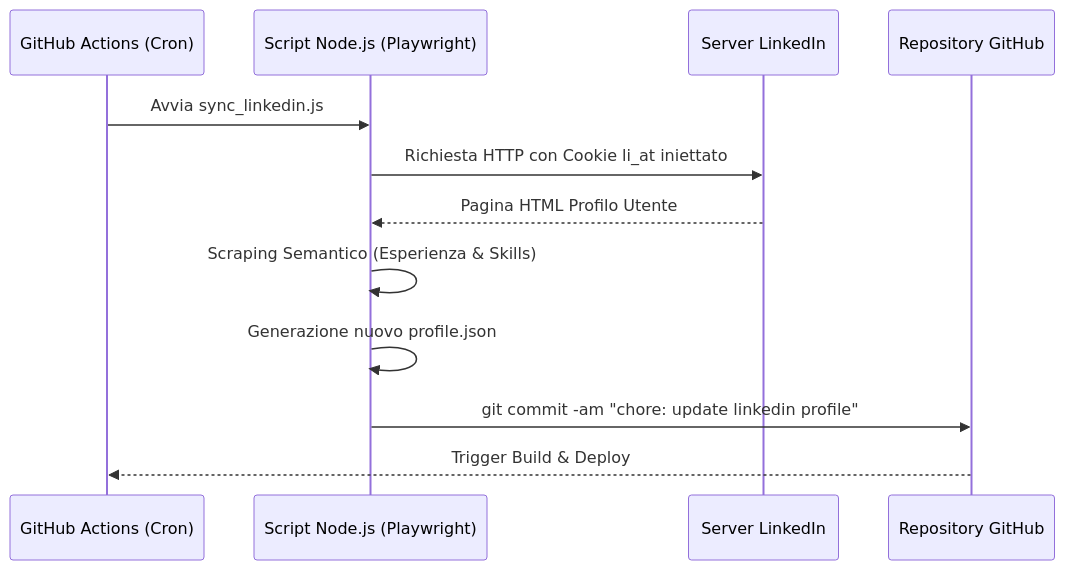
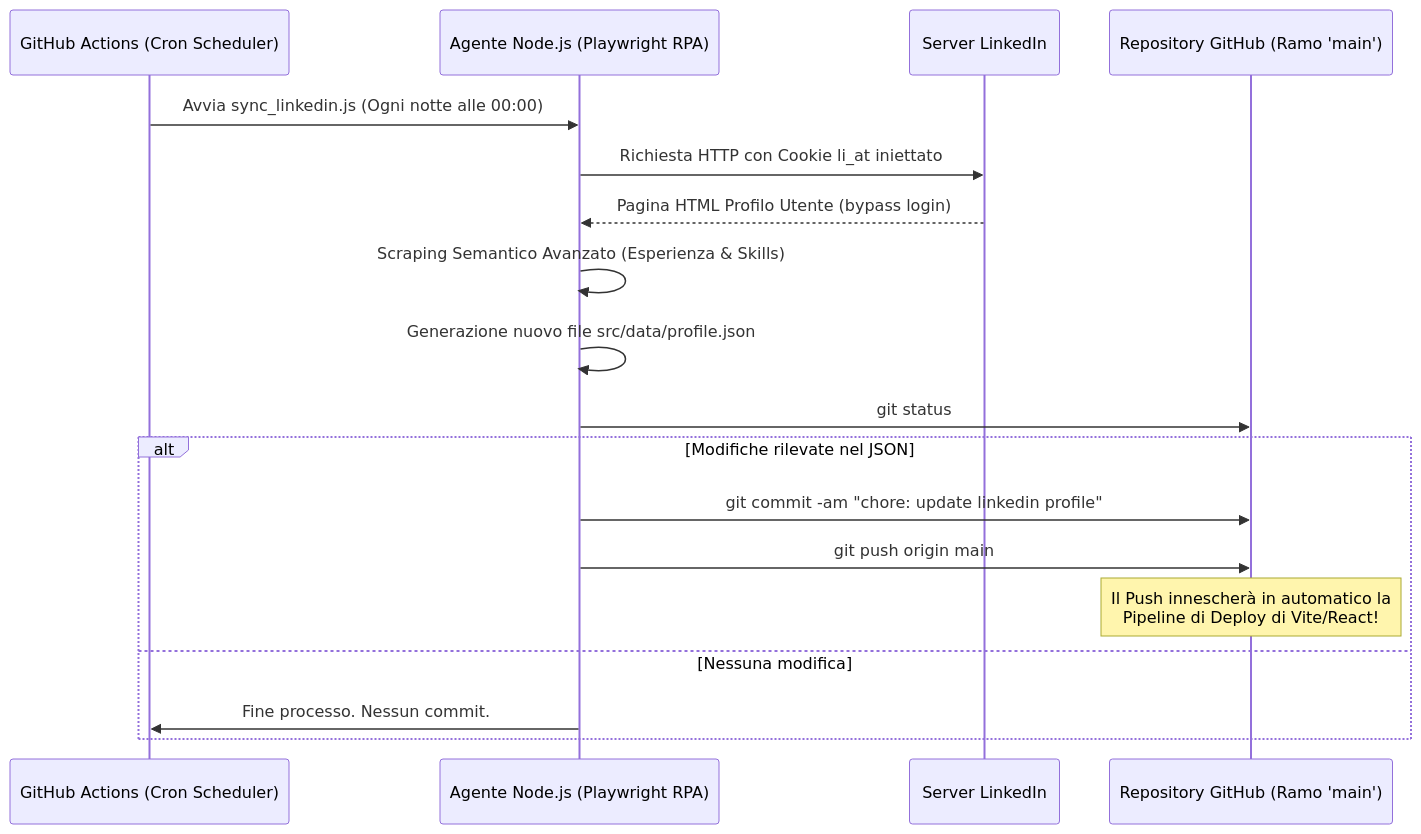
Before and after one commit to SandMan00001/leanding_page: the fifth of 7 diagrams in spiegazioni/DOCUMENTAZIONE_PROGETTO.md, drawn with Mermaid. The commit also changed other lines of this file and 2 other files, not shown here.

````diff
--- a/spiegazioni/DOCUMENTAZIONE_PROGETTO.md
+++ b/spiegazioni/DOCUMENTAZIONE_PROGETTO.md
@@ -85,15 +266,21 @@
 ```mermaid
 sequenceDiagram
-    participant GH as GitHub Actions (Cron)
-    participant Node as Script Node.js (Playwright)
+    participant GH as GitHub Actions (Cron Scheduler)
+    participant Node as Agente Node.js (Playwright RPA)
     participant LI as Server LinkedIn
-    participant Repo as Repository GitHub
+    participant Repo as Repository GitHub (Ramo 'main')
 
-    GH->>Node: Avvia sync_linkedin.js
+    GH->>Node: Avvia sync_linkedin.js (Ogni notte alle 00:00)
     Node->>LI: Richiesta HTTP con Cookie li_at iniettato
-    LI-->>Node: Pagina HTML Profilo Utente
-    Node->>Node: Scraping Semantico (Esperienza & Skills)
-    Node->>Node: Generazione nuovo profile.json
-    Node->>Repo: git commit -am "chore: update linkedin profile"
-    Repo-->>GH: Trigger Build & Deploy
+    LI-->>Node: Pagina HTML Profilo Utente (bypass login)
+    Node->>Node: Scraping Semantico Avanzato (Esperienza & Skills)
+    Node->>Node: Generazione nuovo file src/data/profile.json
+    Node->>Repo: git status
+    alt Modifiche rilevate nel JSON
+        Node->>Repo: git commit -am "chore: update linkedin profile"
+        Node->>Repo: git push origin main
+        Note over Repo: Il Push innescherà in automatico la<br/>Pipeline di Deploy di Vite/React!
+    else Nessuna modifica
+        Node->>GH: Fine processo. Nessun commit.
+    end
 ```
````
